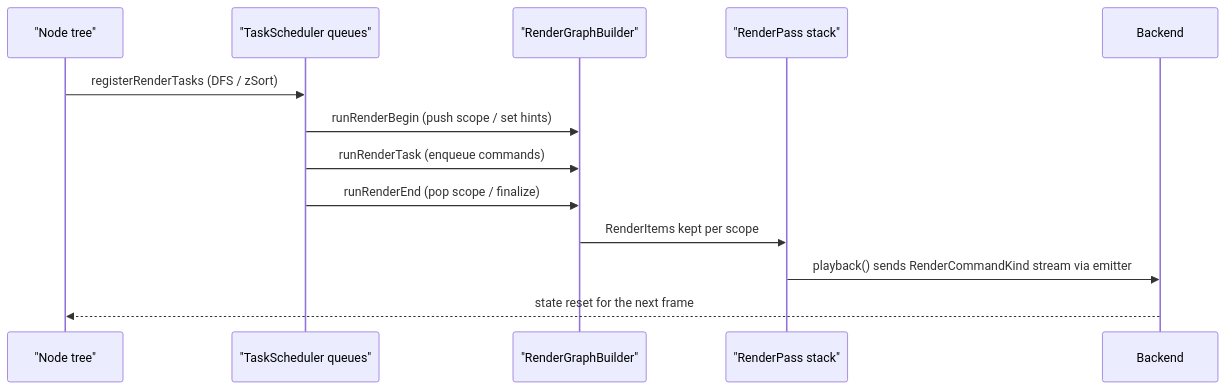
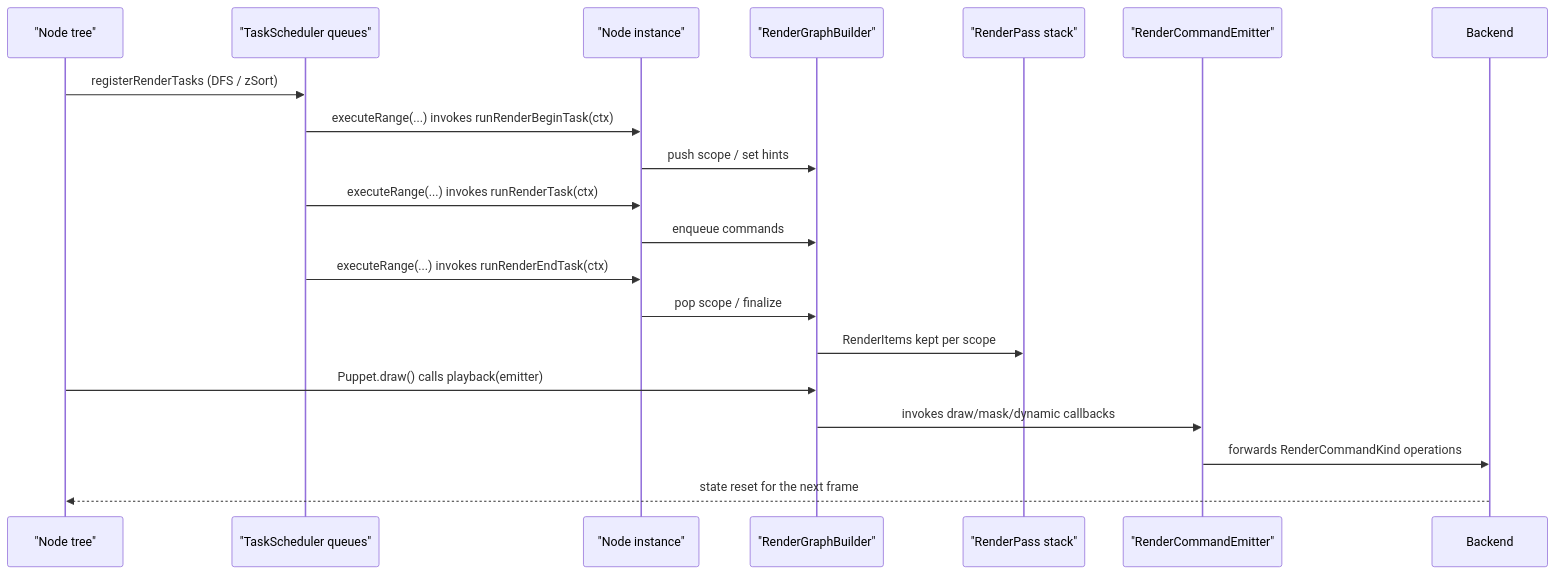
The fourth of 20 diagrams in doc/rendering.md (nijigenerate/nijilive), drawn with Mermaid before and after one commit. The commit also changed other lines of this file, not shown here.

````diff
--- a/doc/rendering.md
+++ b/doc/rendering.md
@@ -163,15 +179,22 @@
 ```mermaid
 sequenceDiagram
     participant Tree as "Node tree"
     participant TaskQ as "TaskScheduler queues"
+    participant Node as "Node instance"
     participant RenderGraph as "RenderGraphBuilder"
     participant Stack as "RenderPass stack"
+    participant Emitter as "RenderCommandEmitter"
     participant Backend
     Tree->>TaskQ: registerRenderTasks (DFS / zSort)
-    TaskQ->>RenderGraph: runRenderBegin (push scope / set hints)
-    TaskQ->>RenderGraph: runRenderTask (enqueue commands)
-    TaskQ->>RenderGraph: runRenderEnd (pop scope / finalize)
+    TaskQ->>Node: executeRange(...) invokes runRenderBeginTask(ctx)
+    Node->>RenderGraph: push scope / set hints
+    TaskQ->>Node: executeRange(...) invokes runRenderTask(ctx)
+    Node->>RenderGraph: enqueue commands
+    TaskQ->>Node: executeRange(...) invokes runRenderEndTask(ctx)
+    Node->>RenderGraph: pop scope / finalize
     RenderGraph->>Stack: RenderItems kept per scope
-    Stack->>Backend: playback() sends RenderCommandKind stream via emitter
+    Tree->>RenderGraph: Puppet.draw() calls playback(emitter)
+    RenderGraph->>Emitter: invokes draw/mask/dynamic callbacks
+    Emitter->>Backend: forwards RenderCommandKind operations
     Backend-->>Tree: state reset for the next frame
 ```
````
